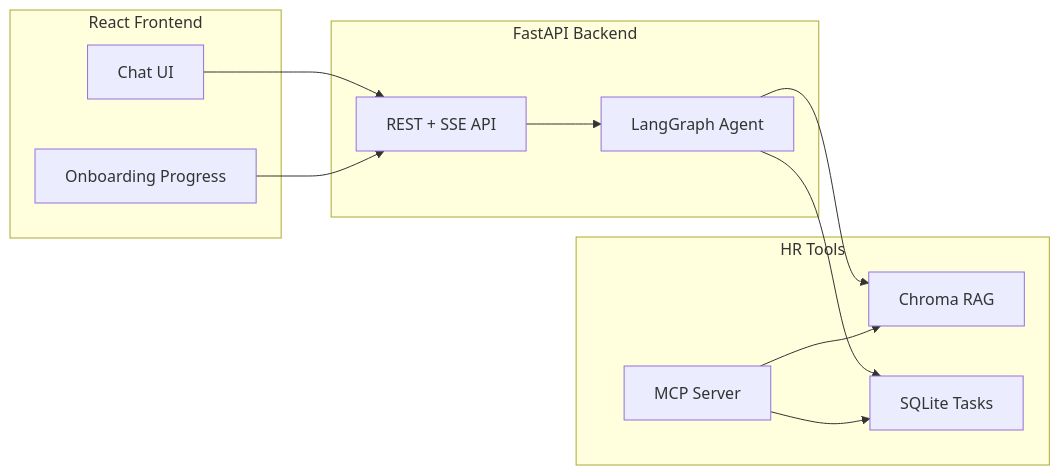
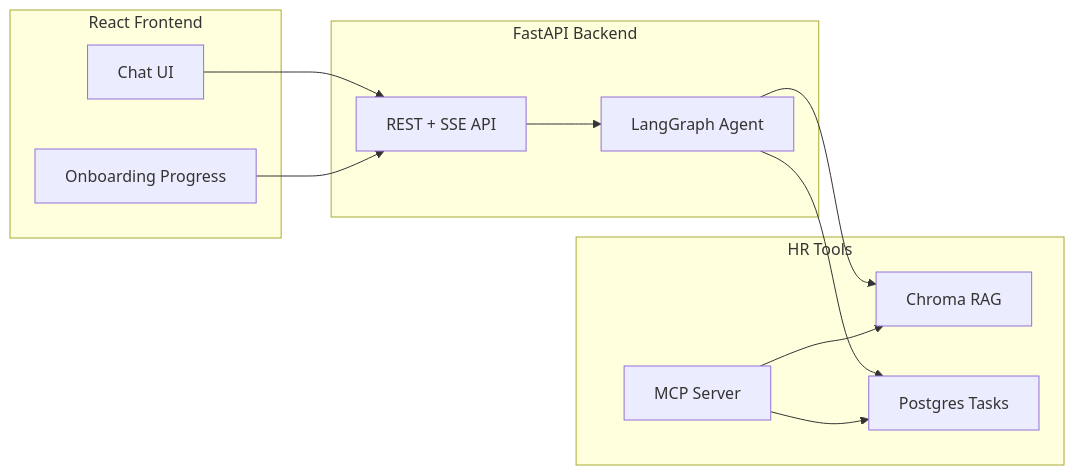
The diagram in README.md (hadizz/hr-onboarding), drawn with Mermaid before and after one commit. The commit also changed 9 other files, not shown here.

First line of the commit message:
Replace SQLite with Postgres for tasks and check-ins.

````diff
--- a/README.md
+++ b/README.md
@@ -26,23 +26,23 @@
 ```mermaid
 flowchart LR
   subgraph frontend [React Frontend]
     Chat[Chat UI]
     Progress[Onboarding Progress]
   end
   subgraph backend [FastAPI Backend]
     API[REST + SSE API]
     Agent[LangGraph Agent]
   end
   subgraph tools [HR Tools]
     MCP[MCP Server]
     RAG[Chroma RAG]
-    Tasks[SQLite Tasks]
+    Tasks[Postgres Tasks]
   end
   Chat --> API
   Progress --> API
   API --> Agent
   Agent --> RAG
   Agent --> Tasks
   MCP --> RAG
   MCP --> Tasks
 ```
````
